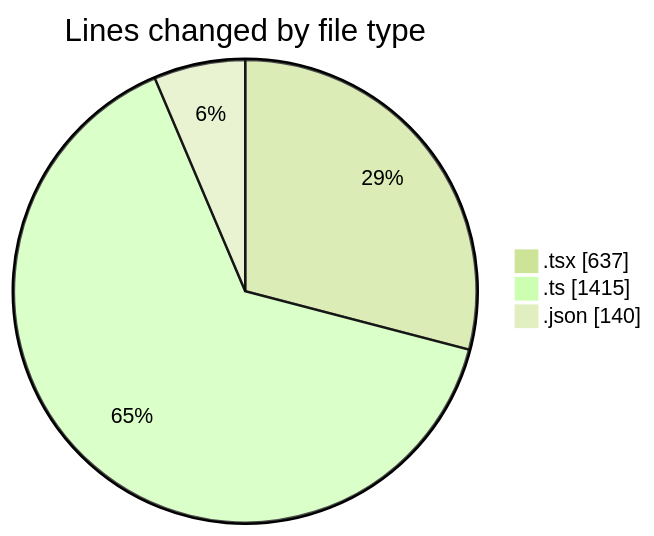
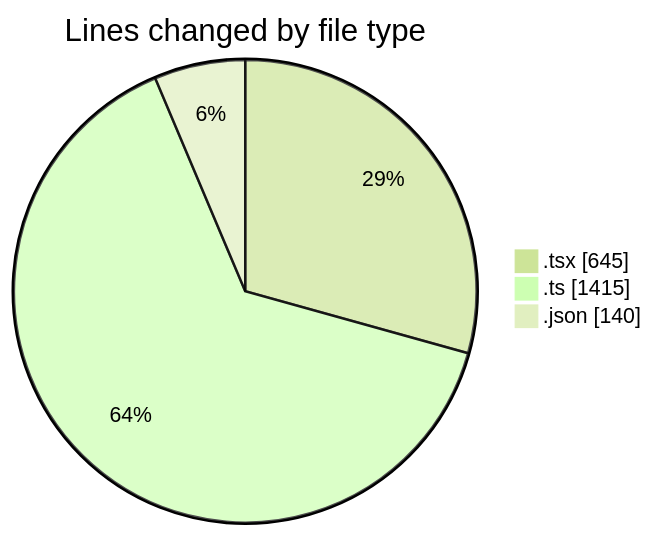
Before and after one commit to momahboobian/code-tracking: the first of 2 diagrams in 2026-03-27/cda/README.md, drawn with Mermaid (forest theme). The commit also changed other lines of this file and 1 other file, not shown here.

````diff
--- a/2026-03-27/cda/README.md
+++ b/2026-03-27/cda/README.md
@@ -30,7 +30,7 @@
 ```mermaid
 pie showData
 title Lines changed by file type
-".tsx" : 637
+".tsx" : 645
 ".ts" : 1415
 ".json" : 140
 ```
````
